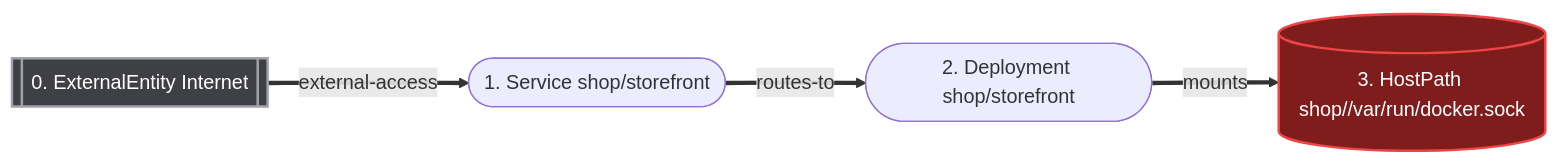
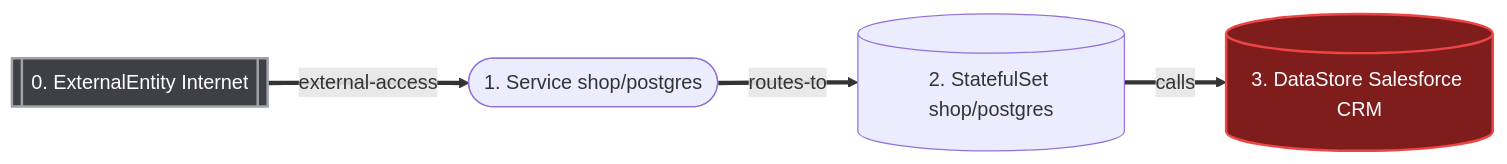
Before and after one commit to rmr369/threatforge-threatmodel: the seventh of 7 diagrams in example-report/threat-model.md, drawn with Mermaid. The commit also changed other lines of this file and 90 other files, not shown here.

Commit message:
dfd, diagram, findings, threats.

````diff
--- a/example-report/threat-model.md
+++ b/example-report/threat-model.md
@@ -322,19 +362,19 @@
 ```mermaid
 flowchart LR
 
     classDef crit fill:#7f1d1d,stroke:#ef4444,stroke-width:2px,color:#fff;
     classDef high fill:#7c2d12,stroke:#f97316,stroke-width:2px,color:#fff;
     classDef med  fill:#713f12,stroke:#eab308,stroke-width:1px,color:#fff;
     classDef low  fill:#1e3a5f,stroke:#3b82f6,stroke-width:1px,color:#fff;
     classDef ok   fill:#14532d,stroke:#22c55e,stroke-width:1px,color:#fff;
     classDef ext  fill:#3f3f46,stroke:#a1a1aa,stroke-width:2px,color:#fff;
     n0[["0. ExternalEntity Internet"]]
-    n1(["1. Service shop/storefront"])
-    n2(["2. Deployment shop/storefront"])
-    n3[("3. HostPath shop//var/run/docker.sock")]
+    n1(["1. Service shop/postgres"])
+    n2[("2. StatefulSet shop/postgres")]
+    n3[("3. DataStore Salesforce CRM")]
     n0 ==>|external-access| n1
     n1 ==>|routes-to| n2
-    n2 ==>|mounts| n3
+    n2 ==>|calls| n3
     class n0 ext;
     class n3 crit;
 ```
````
